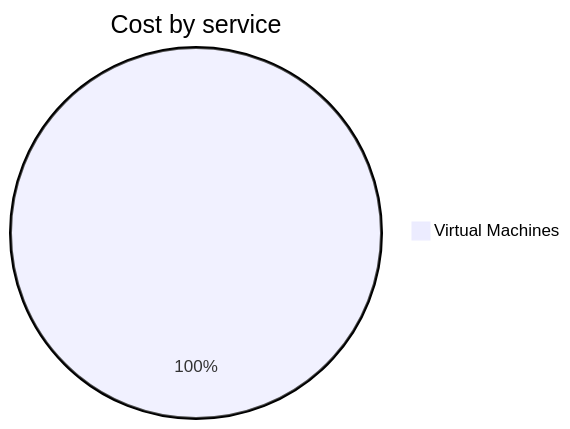
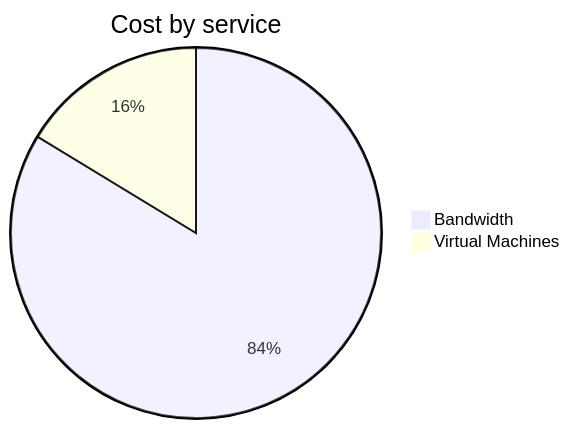
One commit to jpfulton/azure-personal-reports changed the second of 4 diagrams in cost-reports/personal-network/vpn-server.md. Above: the diagram before and after it, drawn with Mermaid. The commit also changed other lines of this file and 8 other files, not shown here.

````diff
--- a/cost-reports/personal-network/vpn-server.md
+++ b/cost-reports/personal-network/vpn-server.md
@@ -95,5 +96,6 @@
 ```mermaid
 pie
    title Cost by service
-   "Virtual Machines" : 0.06
+   "Bandwidth" : 1.18
+   "Virtual Machines" : 0.23
 ```
````
